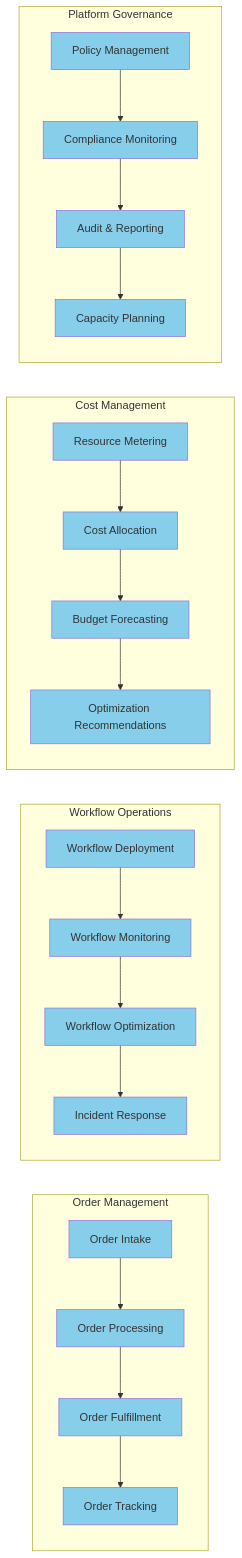
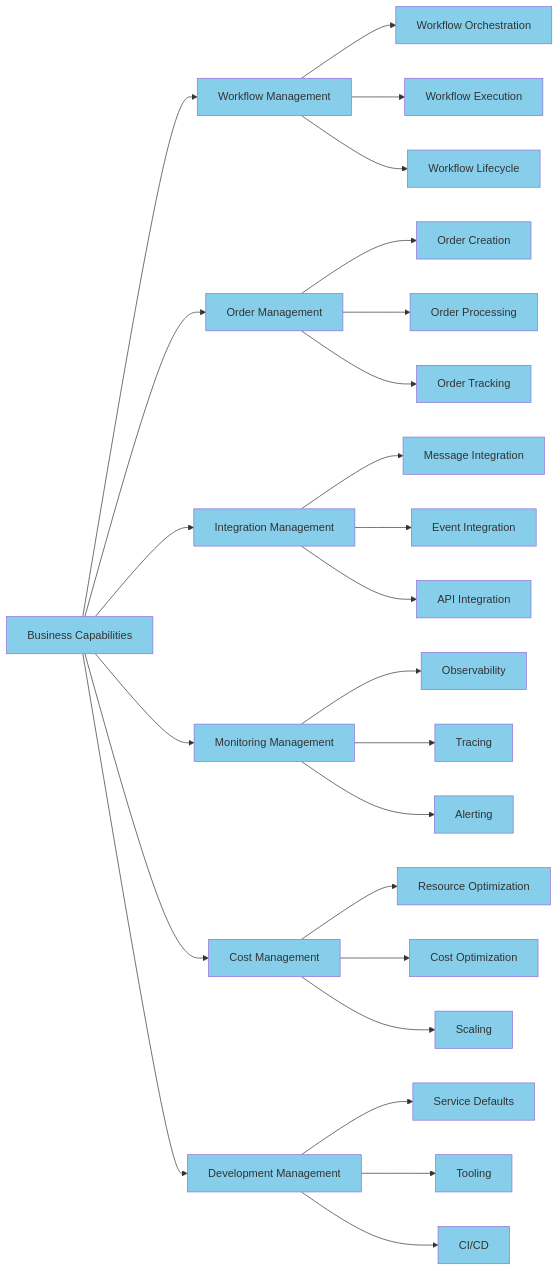
One commit to Evilazaro/Azure-LogicApps-Monitoring changed the first of 12 diagrams in bdat.md. Above: the diagram before and after it, drawn with Mermaid. The commit also changed other lines of this file and 1 other file, not shown here.

````diff
--- a/bdat.md
+++ b/bdat.md
@@ -34,60 +30,61 @@
 ```mermaid
 flowchart LR
-    subgraph "Order Management"
-        A1[Order Intake]
-        A2[Order Processing]
-        A3[Order Fulfillment]
-        A4[Order Tracking]
-    end
+    BC[Business Capabilities]
     
-    subgraph "Workflow Operations"
-        B1[Workflow Deployment]
-        B2[Workflow Monitoring]
-        B3[Workflow Optimization]
-        B4[Incident Response]
-    end
+    BC --> WM[Workflow Management]
+    BC --> OM[Order Management]
+    BC --> IM[Integration Management]
+    BC --> MM[Monitoring Management]
+    BC --> CM[Cost Management]
+    BC --> DM[Development Management]
     
-    subgraph "Cost Management"
-        C1[Resource Metering]
-        C2[Cost Allocation]
-        C3[Budget Forecasting]
-        C4[Optimization Recommendations]
-    end
+    WM --> WO[Workflow Orchestration]
+    WM --> WE[Workflow Execution]
+    WM --> WL[Workflow Lifecycle]
     
-    subgraph "Platform Governance"
-        D1[Policy Management]
-        D2[Compliance Monitoring]
-        D3[Audit & Reporting]
-        D4[Capacity Planning]
-    end
+    OM --> OC[Order Creation]
+    OM --> OP[Order Processing]
+    OM --> OT[Order Tracking]
     
-    A1 --> A2
-    A2 --> A3
-    A3 --> A4
-    B1 --> B2
-    B2 --> B3
-    B3 --> B4
-    C1 --> C2
-    C2 --> C3
-    C3 --> C4
-    D1 --> D2
-    D2 --> D3
-    D3 --> D4
+    IM --> MI[Message Integration]
+    IM --> EI[Event Integration]
+    IM --> AI[API Integration]
     
-    style A1 fill:#87CEEB
-    style A2 fill:#87CEEB
-    style A3 fill:#87CEEB
-    style A4 fill:#87CEEB
-    style B1 fill:#87CEEB
-    style B2 fill:#87CEEB
-    style B3 fill:#87CEEB
-    style B4 fill:#87CEEB
-    style C1 fill:#87CEEB
-    style C2 fill:#87CEEB
-    style C3 fill:#87CEEB
-    style C4 fill:#87CEEB
-    style D1 fill:#87CEEB
-    style D2 fill:#87CEEB
-    style D3 fill:#87CEEB
-    style D4 fill:#87CEEB
+    MM --> OB[Observability]
+    MM --> TR[Tracing]
+    MM --> AL[Alerting]
+    
+    CM --> RO[Resource Optimization]
+    CM --> CO[Cost Optimization]
+    CM --> SC[Scaling]
+    
+    DM --> SD[Service Defaults]
+    DM --> TE[Tooling]
+    DM --> CI[CI/CD]
+    
+    style BC fill:#87CEEB
+    style WM fill:#87CEEB
+    style OM fill:#87CEEB
+    style IM fill:#87CEEB
+    style MM fill:#87CEEB
+    style CM fill:#87CEEB
+    style DM fill:#87CEEB
+    style WO fill:#87CEEB
+    style WE fill:#87CEEB
+    style WL fill:#87CEEB
+    style OC fill:#87CEEB
+    style OP fill:#87CEEB
+    style OT fill:#87CEEB
+    style MI fill:#87CEEB
+    style EI fill:#87CEEB
+    style AI fill:#87CEEB
+    style OB fill:#87CEEB
+    style TR fill:#87CEEB
+    style AL fill:#87CEEB
+    style RO fill:#87CEEB
+    style CO fill:#87CEEB
+    style SC fill:#87CEEB
+    style SD fill:#87CEEB
+    style TE fill:#87CEEB
+    style CI fill:#87CEEB
 ```
````
